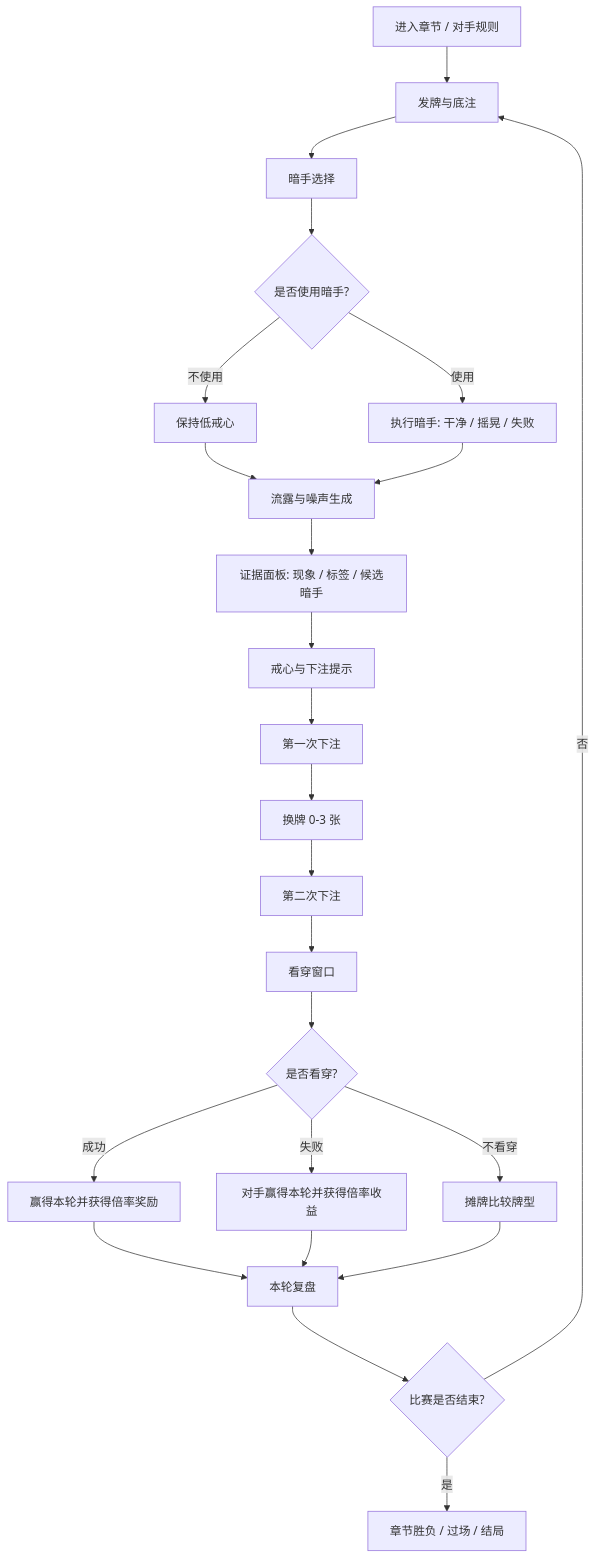
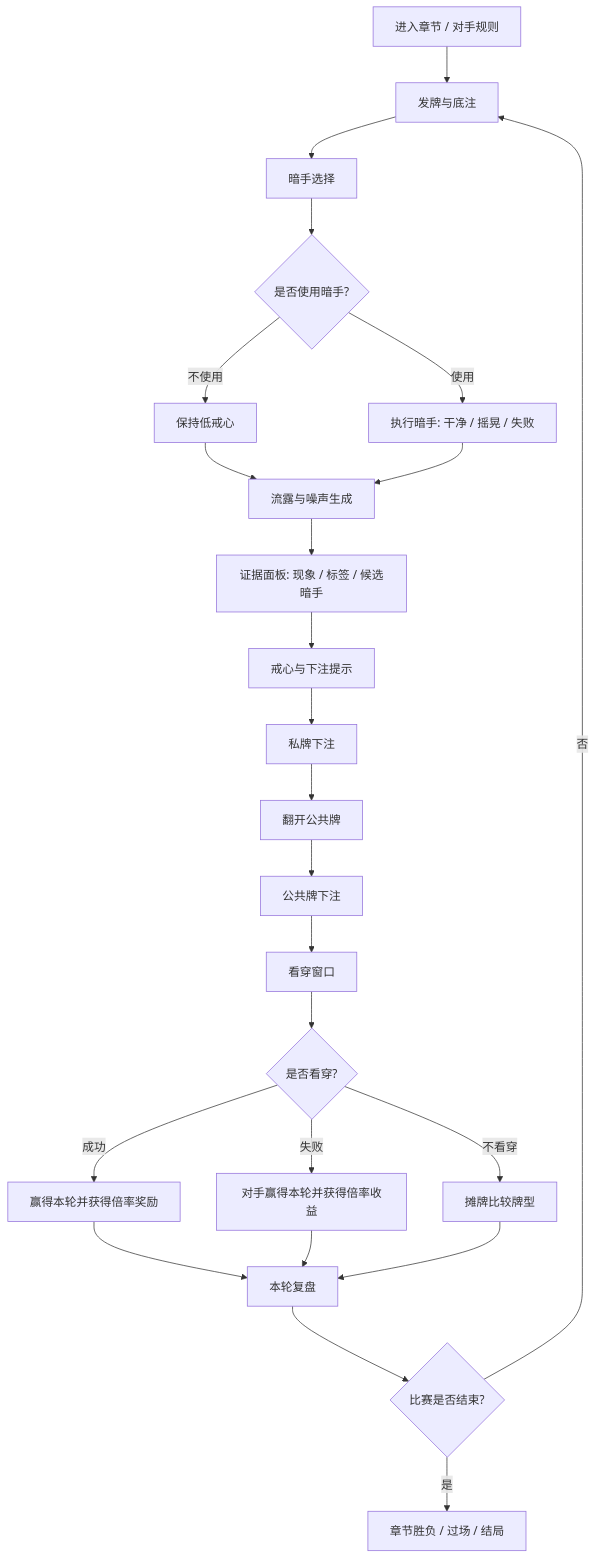
Before and after one commit to katamana/cheat-duel-demo: the diagram in README.md, drawn with Mermaid. The commit also changed other lines of this file and 10 other files, not shown here.

````diff
--- a/README.md
+++ b/README.md
@@ -20,26 +20,26 @@
 ```mermaid
 flowchart TD
   A[进入章节 / 对手规则] --> B[发牌与底注]
   B --> C[暗手选择]
   C --> C1{是否使用暗手?}
   C1 -->|不使用| D[保持低戒心]
   C1 -->|使用| E[执行暗手: 干净 / 摇晃 / 失败]
   D --> F[流露与噪声生成]
   E --> F
   F --> G[证据面板: 现象 / 标签 / 候选暗手]
   G --> H[戒心与下注提示]
-  H --> I[第一次下注]
-  I --> J[换牌 0-3 张]
-  J --> K[第二次下注]
+  H --> I[私牌下注]
+  I --> J[翻开公共牌]
+  J --> K[公共牌下注]
   K --> L[看穿窗口]
   L --> M{是否看穿?}
   M -->|成功| N[赢得本轮并获得倍率奖励]
   M -->|失败| O[对手赢得本轮并获得倍率收益]
   M -->|不看穿| P[摊牌比较牌型]
   N --> Q[本轮复盘]
   O --> Q
   P --> Q
   Q --> R{比赛是否结束?}
   R -->|否| B
   R -->|是| S[章节胜负 / 过场 / 结局]
 ```
````
